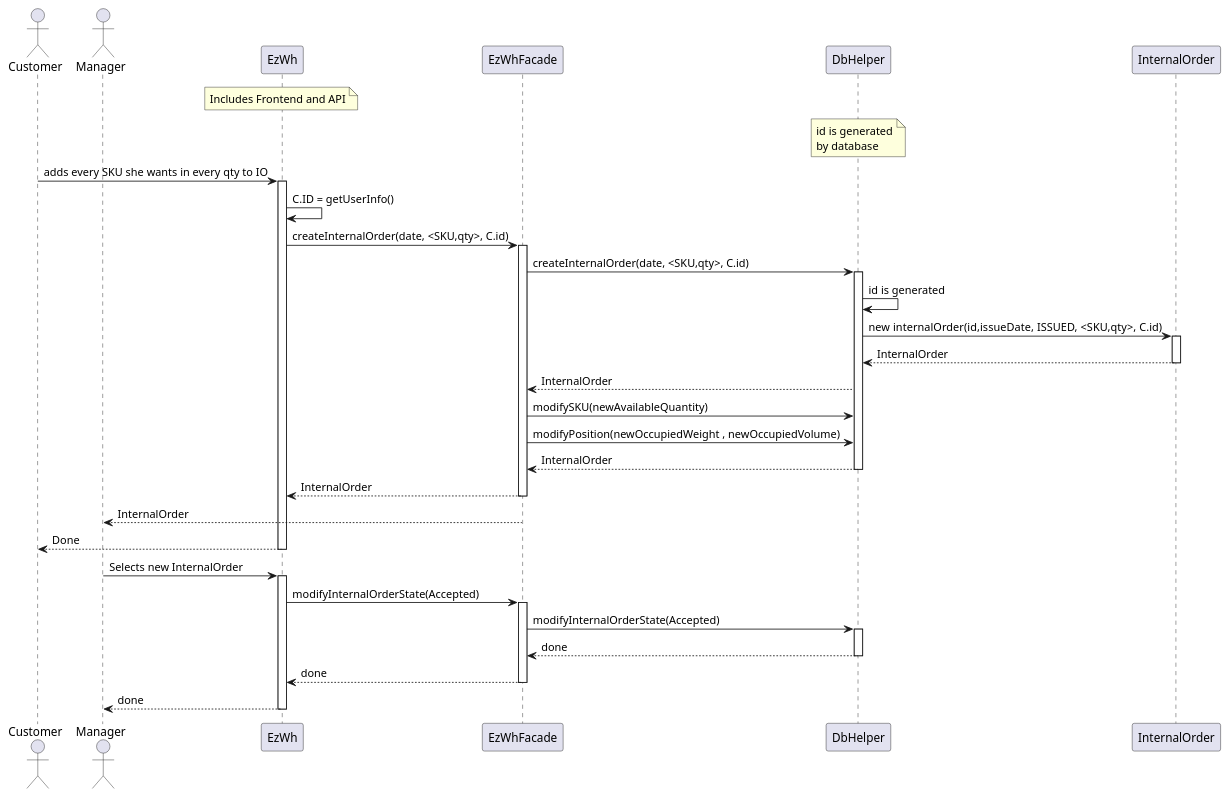
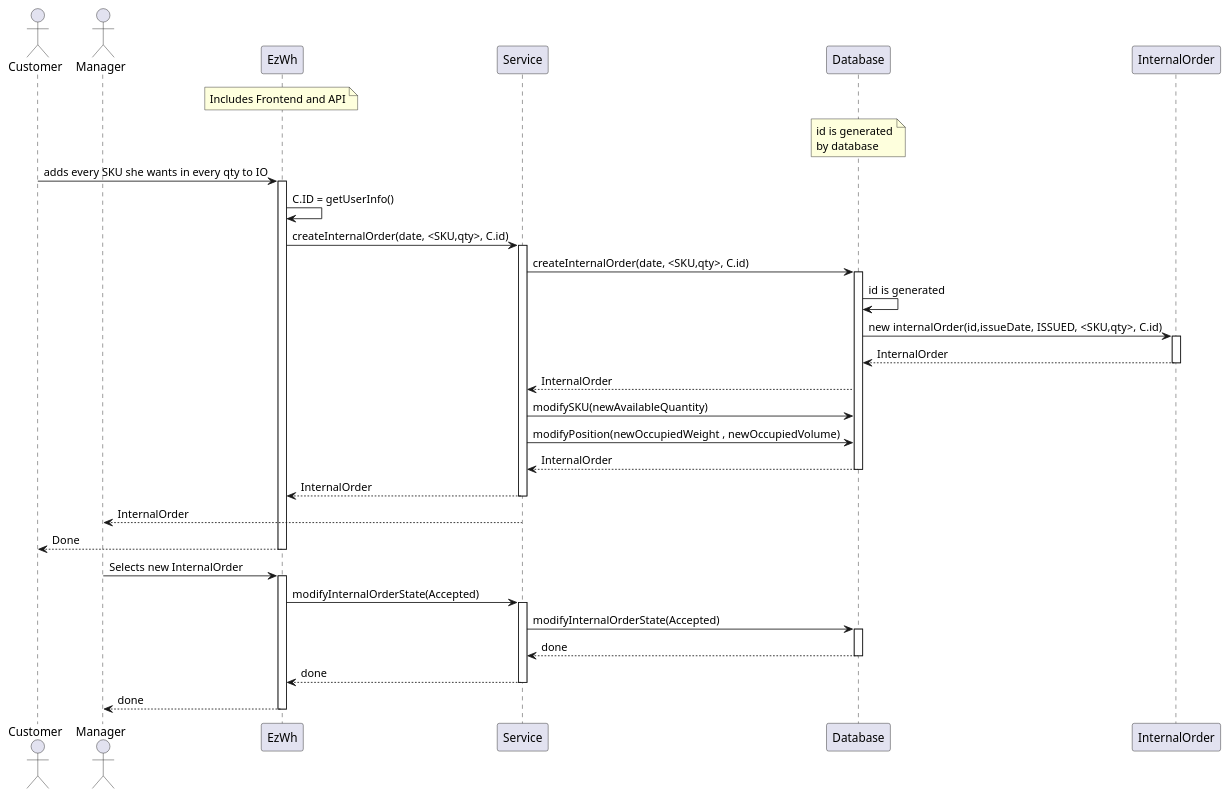
Before and after one commit to giuseppe-dandrea/EzWh: the ninth of 12 diagrams in DesignDocument.md, drawn with PlantUML. The commit also changed other lines of this file and 3 other files, not shown here.

````diff
--- a/DesignDocument.md
+++ b/DesignDocument.md
@@ -773,49 +766,49 @@
 ```plantuml
 actor Customer
 actor Manager
 participant EzWh
 note over EzWh: Includes Frontend and API
-note over DbHelper: id is generated\nby database
-participant EzWhFacade
-participant DbHelper
+note over Database: id is generated\nby database
+participant Service
+participant Database
 participant InternalOrder
 
 
 Customer -> EzWh: adds every SKU she wants in every qty to IO
 activate EzWh
 EzWh ->EzWh : C.ID = getUserInfo()
-EzWh -> EzWhFacade: createInternalOrder(date, <SKU,qty>, C.id)
-activate EzWhFacade
-EzWhFacade ->DbHelper :createInternalOrder(date, <SKU,qty>, C.id)
-activate DbHelper
-DbHelper -> DbHelper : id is generated
-DbHelper ->InternalOrder: new internalOrder(id,issueDate, ISSUED,  <SKU,qty>, C.id)
+EzWh -> Service: createInternalOrder(date, <SKU,qty>, C.id)
+activate Service
+Service ->Database :createInternalOrder(date, <SKU,qty>, C.id)
+activate Database
+Database -> Database : id is generated
+Database ->InternalOrder: new internalOrder(id,issueDate, ISSUED,  <SKU,qty>, C.id)
 activate InternalOrder
-InternalOrder-->DbHelper : InternalOrder
+InternalOrder-->Database : InternalOrder
 deactivate InternalOrder
-DbHelper --> EzWhFacade : InternalOrder
-EzWhFacade->DbHelper : modifySKU(newAvailableQuantity)
-EzWhFacade->DbHelper :modifyPosition(newOccupiedWeight , newOccupiedVolume)
-DbHelper --> EzWhFacade : InternalOrder
-deactivate DbHelper
-EzWhFacade -->EzWh :InternalOrder
-deactivate EzWhFacade
-EzWhFacade -->Manager :InternalOrder
+Database --> Service : InternalOrder
+Service->Database : modifySKU(newAvailableQuantity)
+Service->Database :modifyPosition(newOccupiedWeight , newOccupiedVolume)
+Database --> Service : InternalOrder
+deactivate Database
+Service -->EzWh :InternalOrder
+deactivate Service
+Service -->Manager :InternalOrder
 EzWh --> Customer : Done
 deactivate EzWh
 
 Manager -> EzWh: Selects new InternalOrder
 activate EzWh
-EzWh -> EzWhFacade : modifyInternalOrderState(Accepted)
-activate EzWhFacade
-EzWhFacade->DbHelper : modifyInternalOrderState(Accepted)
-activate DbHelper
-DbHelper --> EzWhFacade : done
-deactivate DbHelper
-EzWhFacade --> EzWh : done
-deactivate EzWhFacade
+EzWh -> Service : modifyInternalOrderState(Accepted)
+activate Service
+Service->Database : modifyInternalOrderState(Accepted)
+activate Database
+Database --> Service : done
+deactivate Database
+Service --> EzWh : done
+deactivate Service
 EzWh --> Manager : done
 deactivate EzWh
 
 
 ```
````
